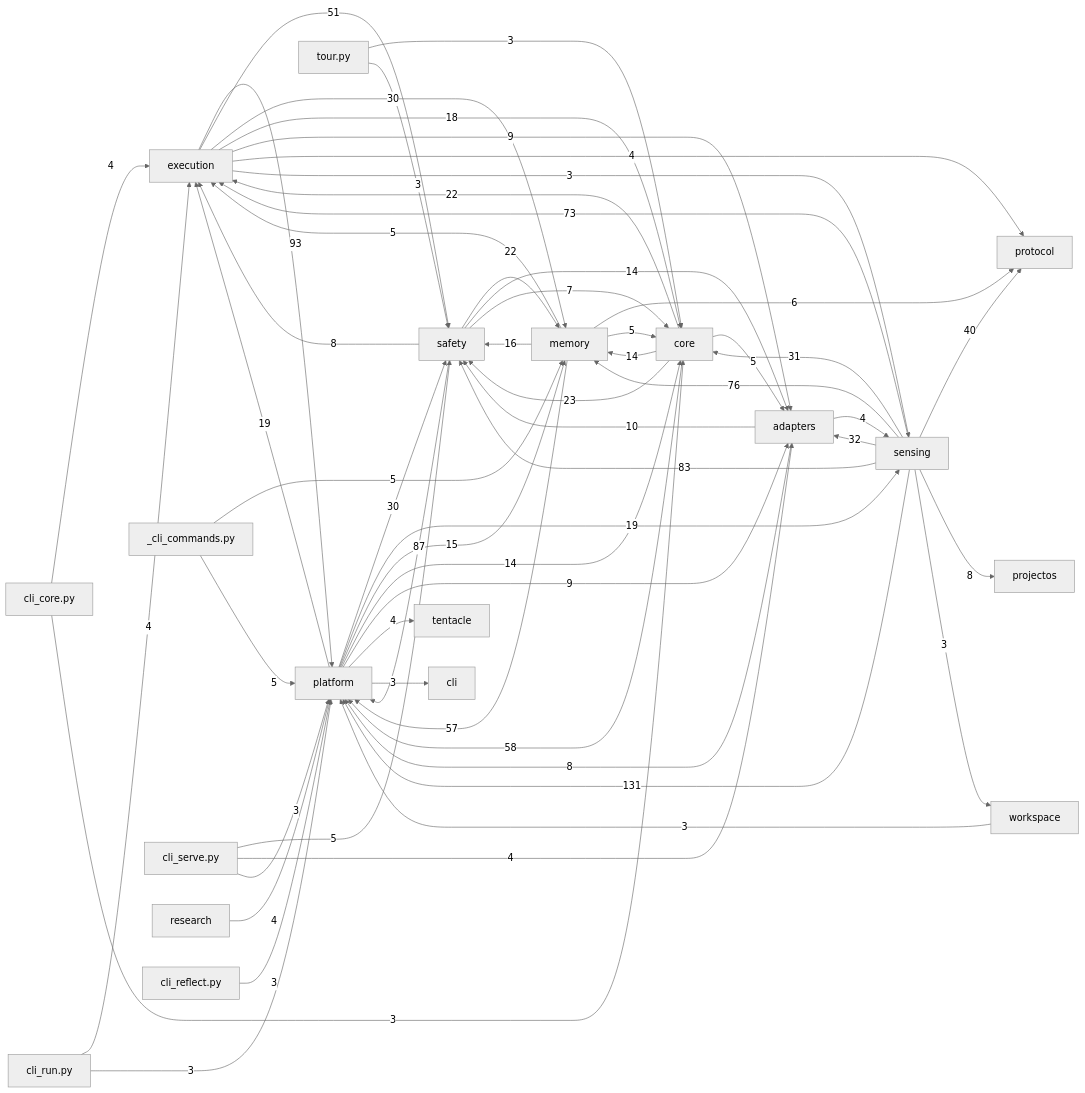
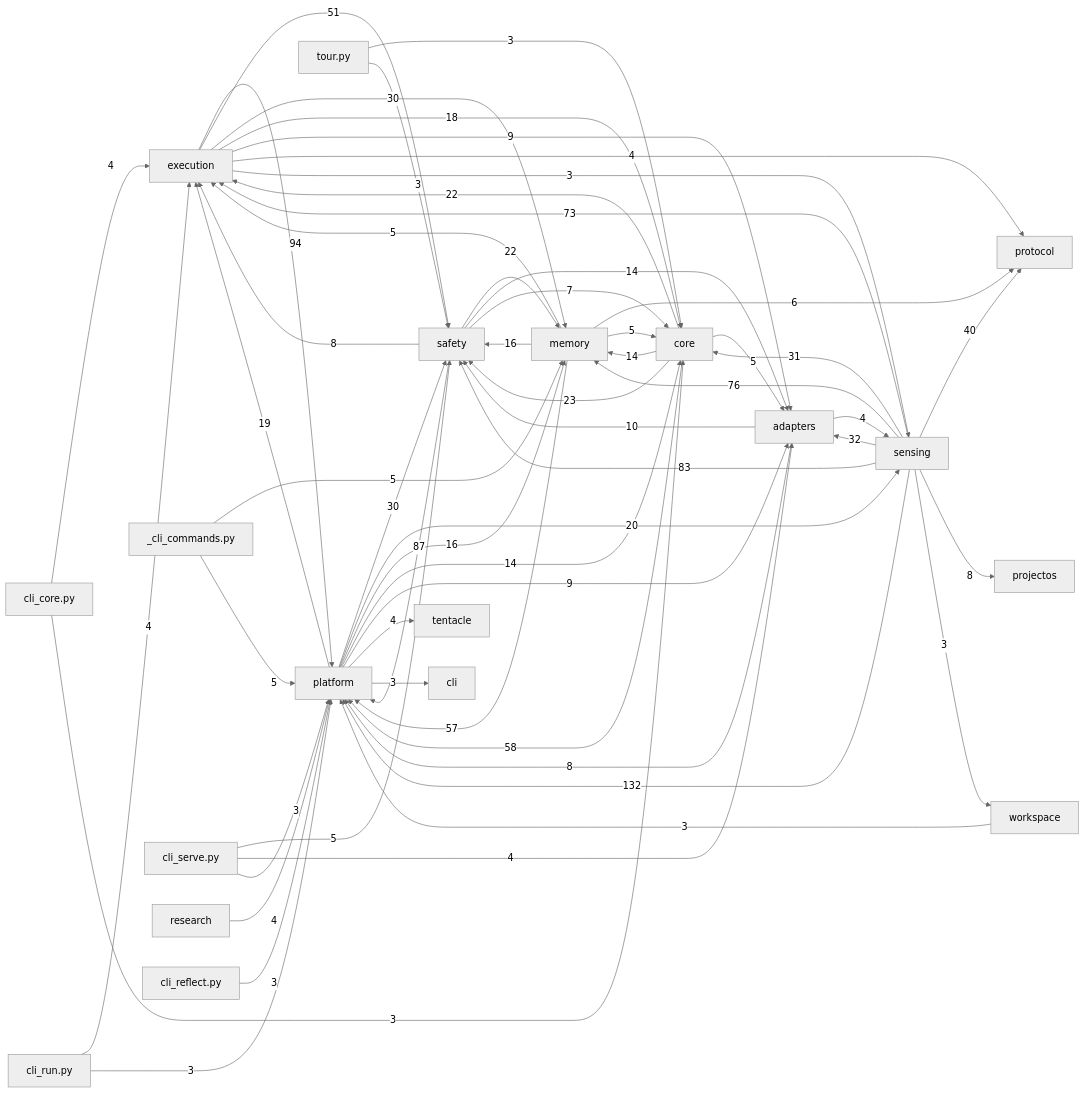
The diagram in docs/auto/20-backend/index.md (dengdenghua/octopus-agent), drawn with Mermaid (neutral theme) before and after one commit. The commit also changed 17 other files, not shown here.

````diff
--- a/docs/auto/20-backend/index.md
+++ b/docs/auto/20-backend/index.md
@@ -26,66 +26,66 @@
 ```mermaid
 graph LR
   execution[execution]
   core[core]
   safety[safety]
   memory[memory]
   sensing[sensing]
   adapters[adapters]
   platform[platform]
-  sensing -- 131 --> platform
-  execution -- 93 --> platform
+  sensing -- 132 --> platform
+  execution -- 94 --> platform
   safety -- 87 --> platform
   sensing -- 83 --> safety
   sensing -- 76 --> memory
   sensing -- 73 --> execution
   core -- 58 --> platform
   memory -- 57 --> platform
   execution -- 51 --> safety
   sensing -- 40 --> protocol
   sensing -- 32 --> adapters
   sensing -- 31 --> core
   execution -- 30 --> memory
   platform -- 30 --> safety
   core -- 23 --> safety
   core -- 22 --> execution
   safety -- 22 --> memory
+  platform -- 20 --> sensing
   platform -- 19 --> execution
-  platform -- 19 --> sensing
   execution -- 18 --> core
   memory -- 16 --> safety
-  platform -- 15 --> memory
+  platform -- 16 --> memory
   core -- 14 --> memory
   platform -- 14 --> core
   safety -- 14 --> adapters
   adapters -- 10 --> safety
   execution -- 9 --> adapters
   platform -- 9 --> adapters
   adapters -- 8 --> platform
   safety -- 8 --> execution
   sensing -- 8 --> projectos
   safety -- 7 --> core
   memory -- 6 --> protocol
   _cli_commands.py -- 5 --> memory
   _cli_commands.py -- 5 --> platform
   cli_serve.py -- 5 --> safety
   core -- 5 --> adapters
   memory -- 5 --> core
   memory -- 5 --> execution
   adapters -- 4 --> sensing
   cli_core.py -- 4 --> execution
   cli_run.py -- 4 --> execution
   cli_serve.py -- 4 --> adapters
   execution -- 4 --> protocol
   platform -- 4 --> tentacle
   research -- 4 --> platform
   cli_core.py -- 3 --> core
   cli_reflect.py -- 3 --> platform
   cli_run.py -- 3 --> platform
   cli_serve.py -- 3 --> platform
   execution -- 3 --> sensing
   platform -- 3 --> cli
   sensing -- 3 --> workspace
   tour.py -- 3 --> core
   tour.py -- 3 --> safety
   workspace -- 3 --> platform
 ```
````
